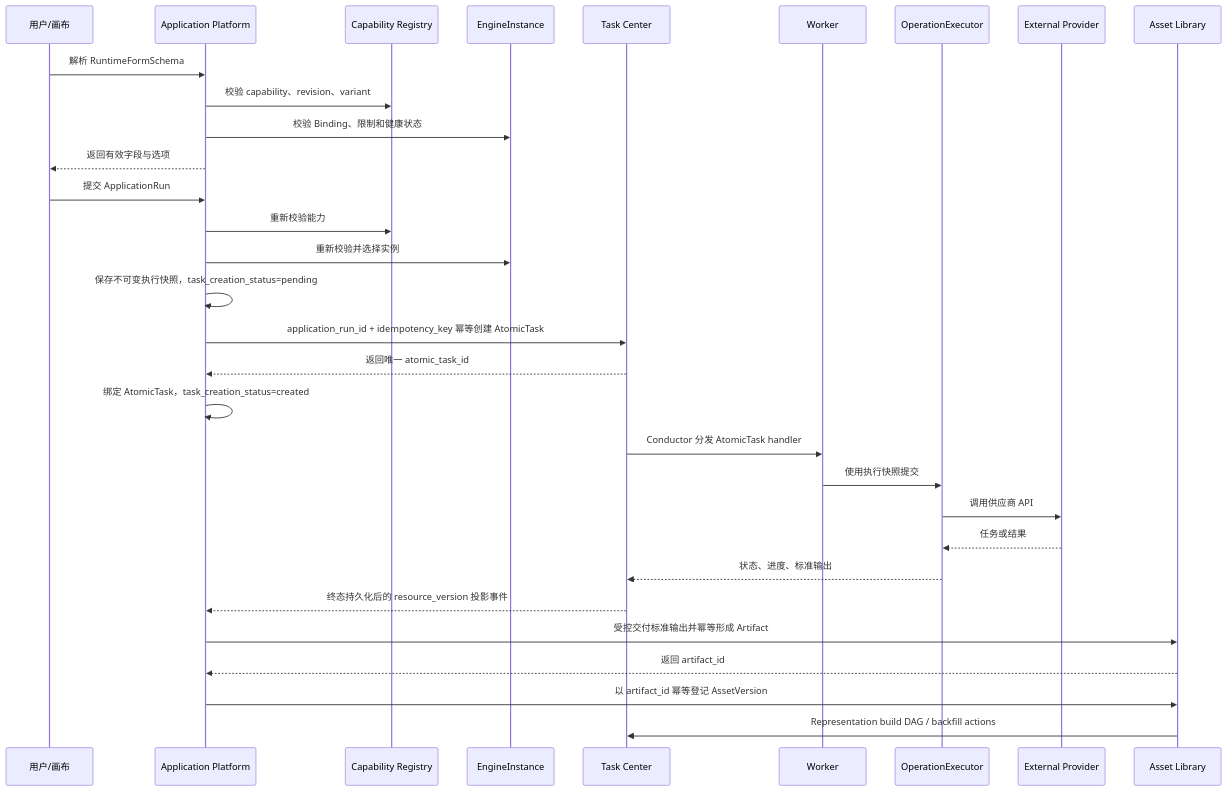
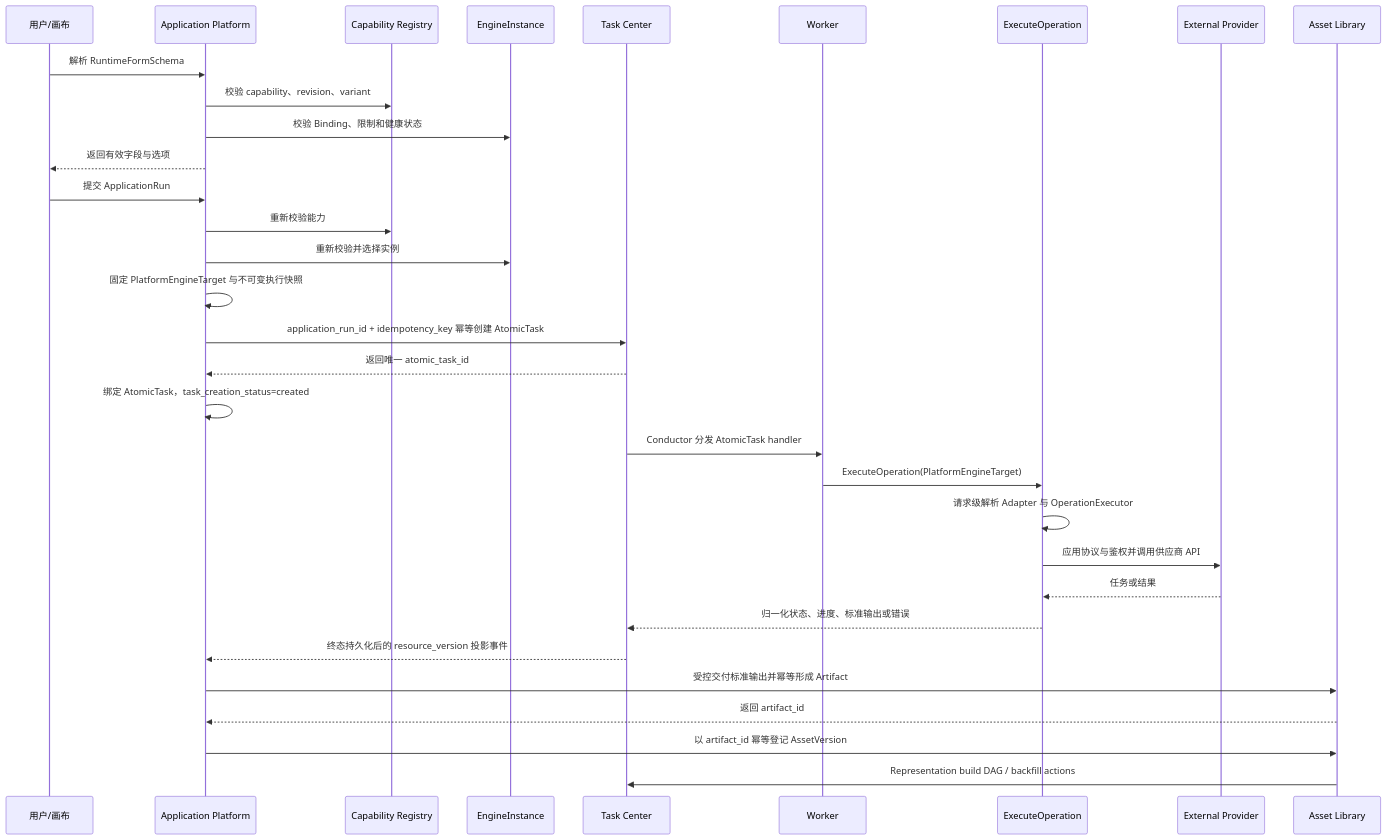
One commit to wangweihong/omnimam-spec changed the fourth of 5 diagrams in 02_architecture/domains/modelgateway.md. Above: the diagram before and after it, drawn with Mermaid. The commit also changed other lines of this file and 43 other files, not shown here.

````diff
--- a/02_architecture/domains/modelgateway.md
+++ b/02_architecture/domains/modelgateway.md
@@ -188,34 +204,35 @@
 ```mermaid
 sequenceDiagram
     participant User as 用户/画布
     participant App as Application Platform
     participant Registry as Capability Registry
     participant Engine as EngineInstance
     participant Task as Task Center
     participant Worker as Worker
-    participant Exec as OperationExecutor
+    participant Gateway as ExecuteOperation
     participant Provider as External Provider
     participant Asset as Asset Library
 
     User->>App: 解析 RuntimeFormSchema
     App->>Registry: 校验 capability、revision、variant
     App->>Engine: 校验 Binding、限制和健康状态
     App-->>User: 返回有效字段与选项
     User->>App: 提交 ApplicationRun
     App->>Registry: 重新校验能力
     App->>Engine: 重新校验并选择实例
-    App->>App: 保存不可变执行快照，task_creation_status=pending
+    App->>App: 固定 PlatformEngineTarget 与不可变执行快照
     App->>Task: application_run_id + idempotency_key 幂等创建 AtomicTask
     Task-->>App: 返回唯一 atomic_task_id
     App->>App: 绑定 AtomicTask，task_creation_status=created
     Task->>Worker: Conductor 分发 AtomicTask handler
-    Worker->>Exec: 使用执行快照提交
-    Exec->>Provider: 调用供应商 API
-    Provider-->>Exec: 任务或结果
-    Exec-->>Task: 状态、进度、标准输出
+    Worker->>Gateway: ExecuteOperation(PlatformEngineTarget)
+    Gateway->>Gateway: 请求级解析 Adapter 与 OperationExecutor
+    Gateway->>Provider: 应用协议与鉴权并调用供应商 API
+    Provider-->>Gateway: 任务或结果
+    Gateway-->>Task: 归一化状态、进度、标准输出或错误
     Task-->>App: 终态持久化后的 resource_version 投影事件
     App->>Asset: 受控交付标准输出并幂等形成 Artifact
     Asset-->>App: 返回 artifact_id
     App->>Asset: 以 artifact_id 幂等登记 AssetVersion
     Asset->>Task: Representation build DAG / backfill actions
 ```
````
